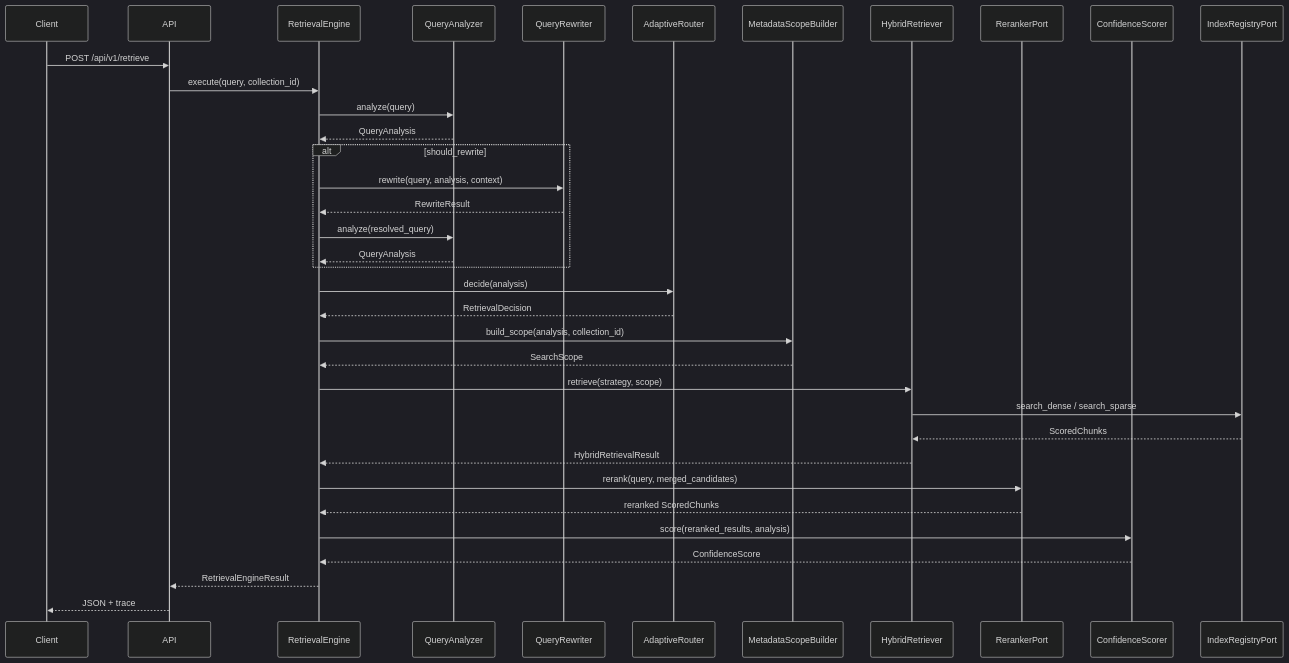
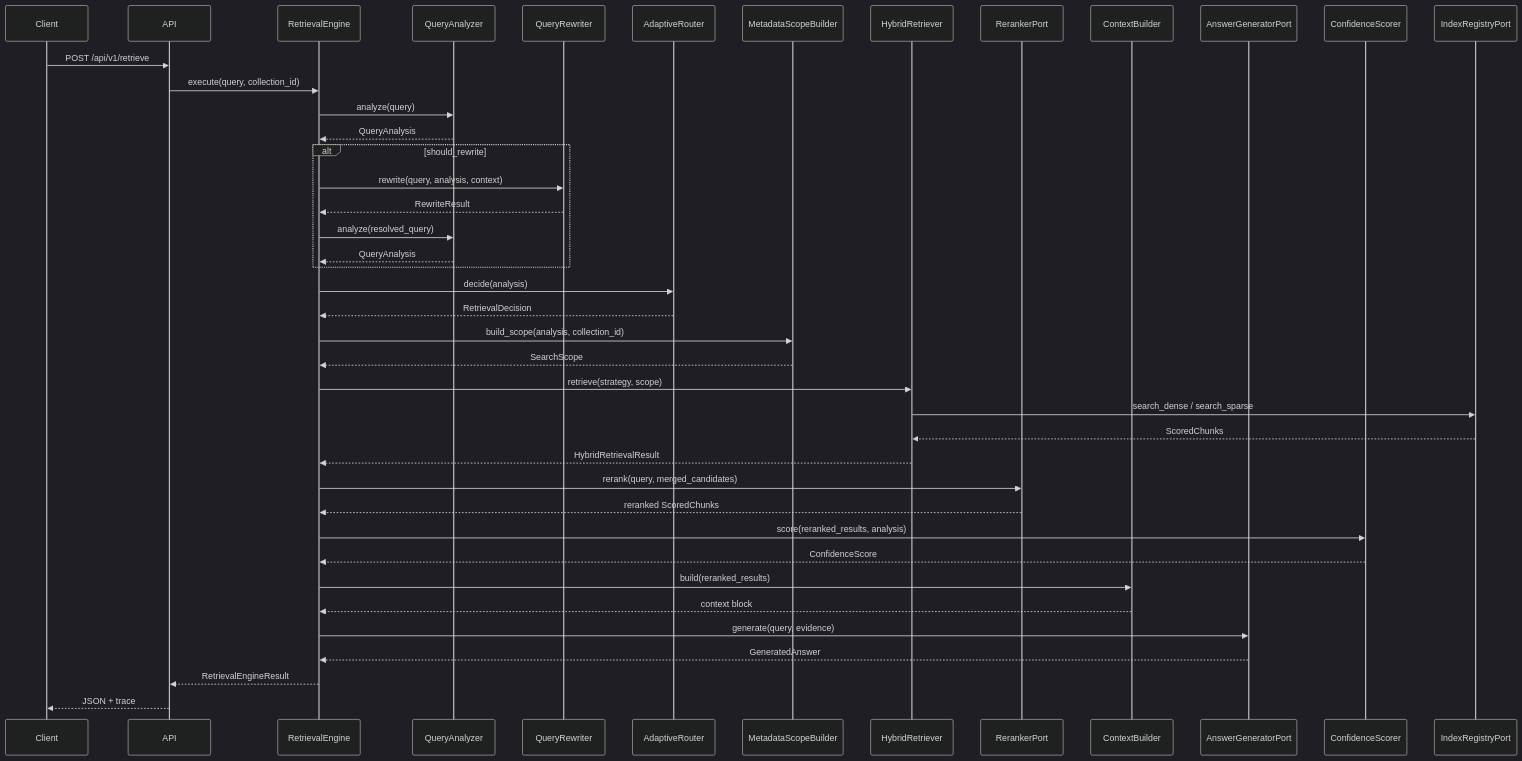
Before and after one commit to GowriSaravanan/Atlas: the second of 4 diagrams in docs/architecture.md, drawn with Mermaid (dark theme). The commit also changed other lines of this file and 33 other files, not shown here.

First line of the commit message:
Add evidence-grounded answer generation (Phase 5B).

````diff
--- a/docs/architecture.md
+++ b/docs/architecture.md
@@ -61,39 +61,45 @@
 ```mermaid
 sequenceDiagram
     participant Client
     participant API
     participant Engine as RetrievalEngine
     participant Analyzer as QueryAnalyzer
     participant Rewriter as QueryRewriter
     participant Router as AdaptiveRouter
     participant Scope as MetadataScopeBuilder
     participant Retriever as HybridRetriever
     participant Reranker as RerankerPort
+    participant Context as ContextBuilder
+    participant Generator as AnswerGeneratorPort
     participant Confidence as ConfidenceScorer
     participant Index as IndexRegistryPort
 
     Client->>API: POST /api/v1/retrieve
     API->>Engine: execute(query, collection_id)
     Engine->>Analyzer: analyze(query)
     Analyzer-->>Engine: QueryAnalysis
     alt should_rewrite
         Engine->>Rewriter: rewrite(query, analysis, context)
         Rewriter-->>Engine: RewriteResult
         Engine->>Analyzer: analyze(resolved_query)
         Analyzer-->>Engine: QueryAnalysis
     end
     Engine->>Router: decide(analysis)
     Router-->>Engine: RetrievalDecision
     Engine->>Scope: build_scope(analysis, collection_id)
     Scope-->>Engine: SearchScope
     Engine->>Retriever: retrieve(strategy, scope)
     Retriever->>Index: search_dense / search_sparse
     Index-->>Retriever: ScoredChunks
     Retriever-->>Engine: HybridRetrievalResult
     Engine->>Reranker: rerank(query, merged_candidates)
     Reranker-->>Engine: reranked ScoredChunks
     Engine->>Confidence: score(reranked_results, analysis)
     Confidence-->>Engine: ConfidenceScore
+    Engine->>Context: build(reranked_results)
+    Context-->>Engine: context block
+    Engine->>Generator: generate(query, evidence)
+    Generator-->>Engine: GeneratedAnswer
     Engine-->>API: RetrievalEngineResult
     API-->>Client: JSON + trace
 ```
````
